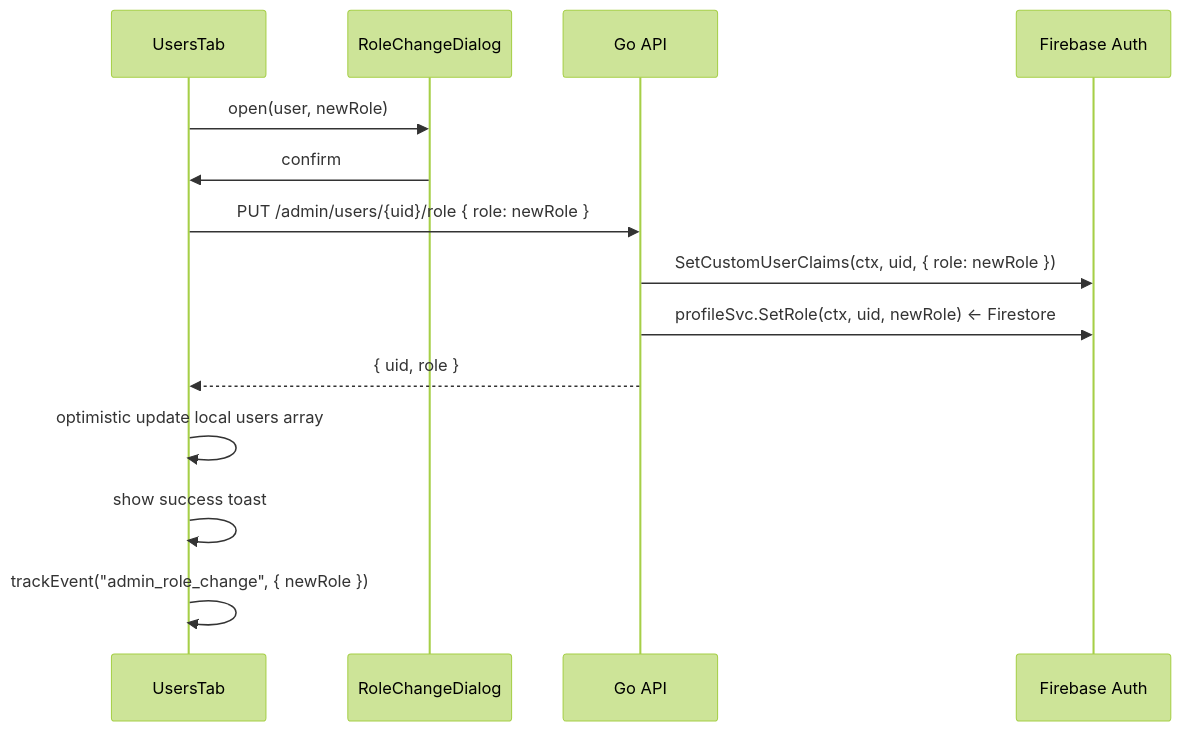
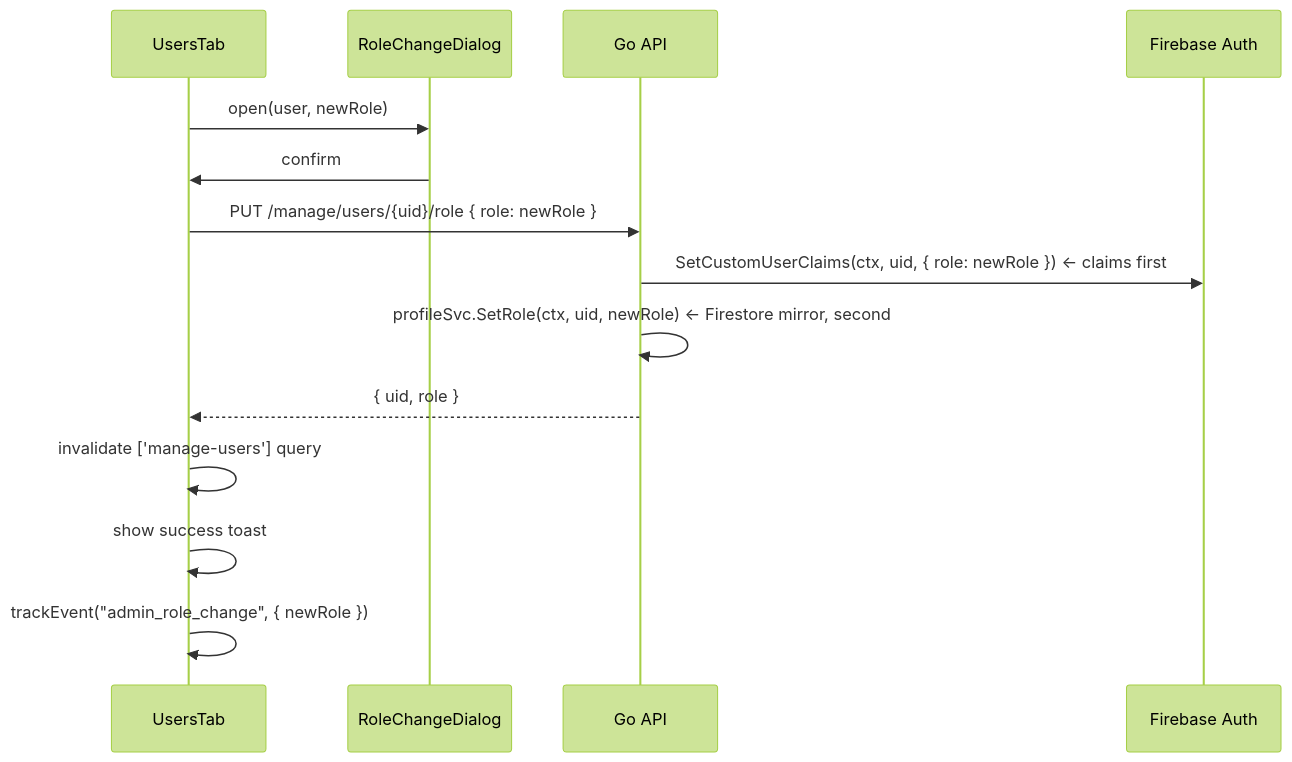
Before and after one commit to sathittham/factory-sync-solutions: the second of 3 diagrams in docs/product/admin/feature-spec.md, drawn with Mermaid (forest theme). The commit also changed other lines of this file and 15 other files, not shown here.

````diff
--- a/docs/product/admin/feature-spec.md
+++ b/docs/product/admin/feature-spec.md
@@ -219,17 +264,17 @@
 ```mermaid
 sequenceDiagram
     participant UT as UsersTab
     participant RD as RoleChangeDialog
     participant API as Go API
     participant FB as Firebase Auth
 
     UT->>RD: open(user, newRole)
     RD->>UT: confirm
-    UT->>API: PUT /admin/users/{uid}/role  { role: newRole }
-    API->>FB: SetCustomUserClaims(ctx, uid, { role: newRole })
-    API->>FB: profileSvc.SetRole(ctx, uid, newRole)  ← Firestore
+    UT->>API: PUT /manage/users/{uid}/role  { role: newRole }
+    API->>FB: SetCustomUserClaims(ctx, uid, { role: newRole })  ← claims first
+    API->>API: profileSvc.SetRole(ctx, uid, newRole)  ← Firestore mirror, second
     API-->>UT: { uid, role }
-    UT->>UT: optimistic update local users array
+    UT->>UT: invalidate ['manage-users'] query
     UT->>UT: show success toast
     UT->>UT: trackEvent("admin_role_change", { newRole })
 ```
````
